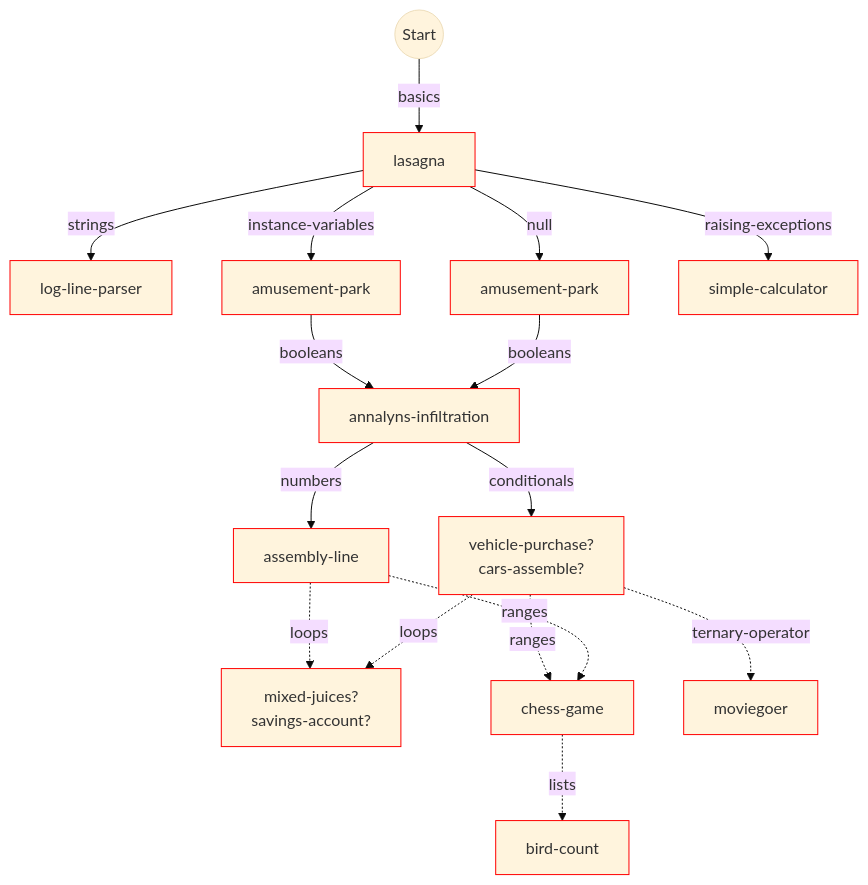
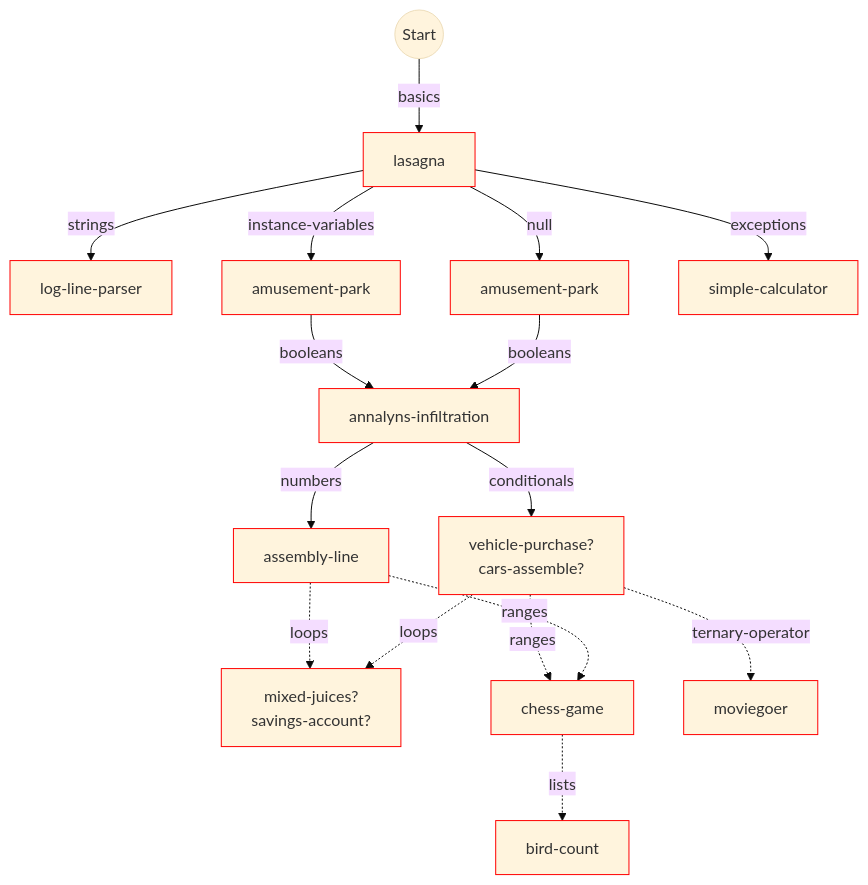
Before and after one commit to colinleach/wren_concepts: the diagram in flowchart.md, drawn with Mermaid (base theme). The commit also changed 3 other files, not shown here.

````diff
--- a/flowchart.md
+++ b/flowchart.md
@@ -13,51 +13,51 @@
 ```mermaid
 graph TD
     
 start(("Start")) --basics--> basics["lasagna"]
 style basics stroke:#f00
 
 basics --strings--> strings["log-line-parser"]
 style strings stroke:#f00
 
 basics --instance-variables--> instance-variables["amusement-park"]
 style instance-variables stroke:#f00
 
 basics --null--> null["amusement-park"]
 style null stroke:#f00
 
-basics --raising-exceptions--> raising-exceptions["simple-calculator"]
-style raising-exceptions stroke:#f00
+basics --exceptions--> exceptions["simple-calculator"]
+style exceptions stroke:#f00
 
 instance-variables --booleans--> booleans["annalyns-infiltration"]
 style booleans stroke:#f00
 
 null --booleans--> booleans["annalyns-infiltration"]
 style booleans stroke:#f00
 
 booleans --conditionals--> conditionals["vehicle-purchase?<br/>cars-assemble?"]
 style conditionals stroke:#f00
 
 booleans --numbers--> numbers["assembly-line"]
 style numbers stroke:#f00
 
 numbers -.loops.-> loops["mixed-juices?<br/>savings-account?"]
 style loops stroke:#f00
 
 conditionals -.loops.-> loops["mixed-juices?<br/>savings-account?"]
 style loops stroke:#f00
 
 conditionals -.ranges.-> ranges["chess-game"]
 style ranges stroke:#f00
 
 conditionals -.ternary-operator.-> ternary-operator["moviegoer"]
 style ternary-operator stroke:#f00
 
 numbers -.ranges.-> ranges["chess-game"]
 style ranges stroke:#f00
 
 ranges -.lists.-> lists["bird-count"]
 style lists stroke:#f00
 
 
 
 ```
````
